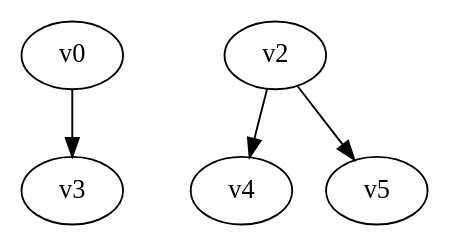
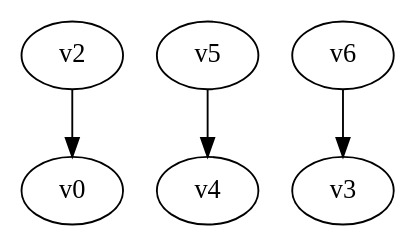
The diagram in digraph.dot (yadej/graph_project), drawn with Graphviz before and after one commit. The commit also changed 1 other file, not shown here.

```diff
--- a/digraph.dot
+++ b/digraph.dot
@@ -1,5 +1,5 @@
 digraph G { 
-v0 -> v3;
-v2 -> v4;
-v2 -> v5;
+v2 -> v0;
+v5 -> v4;
+v6 -> v3;
 }
```
